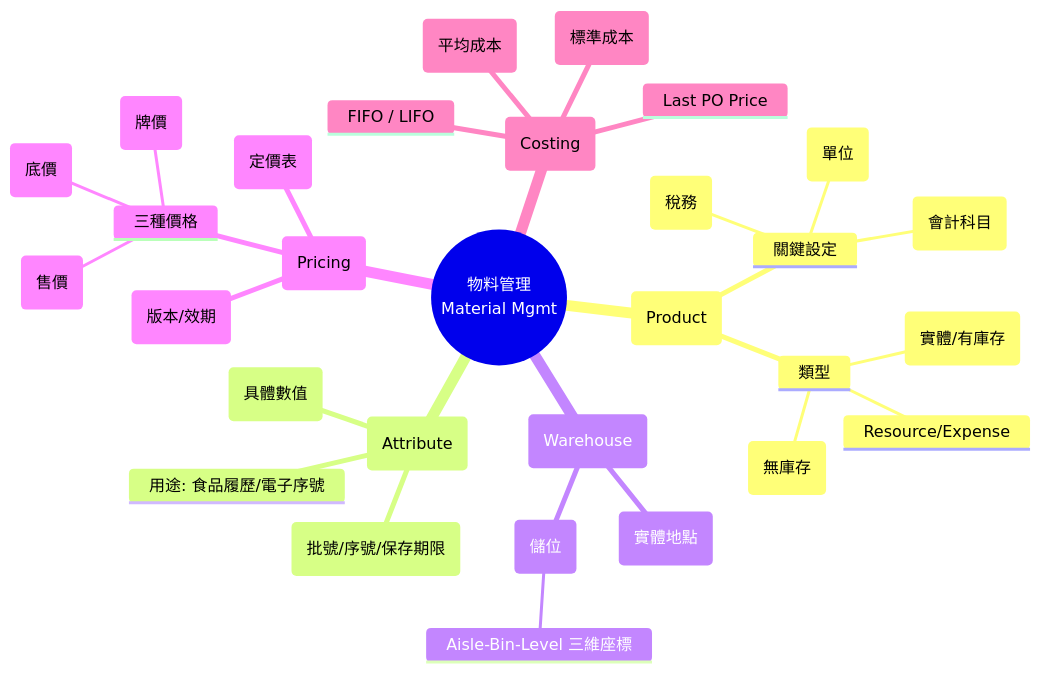
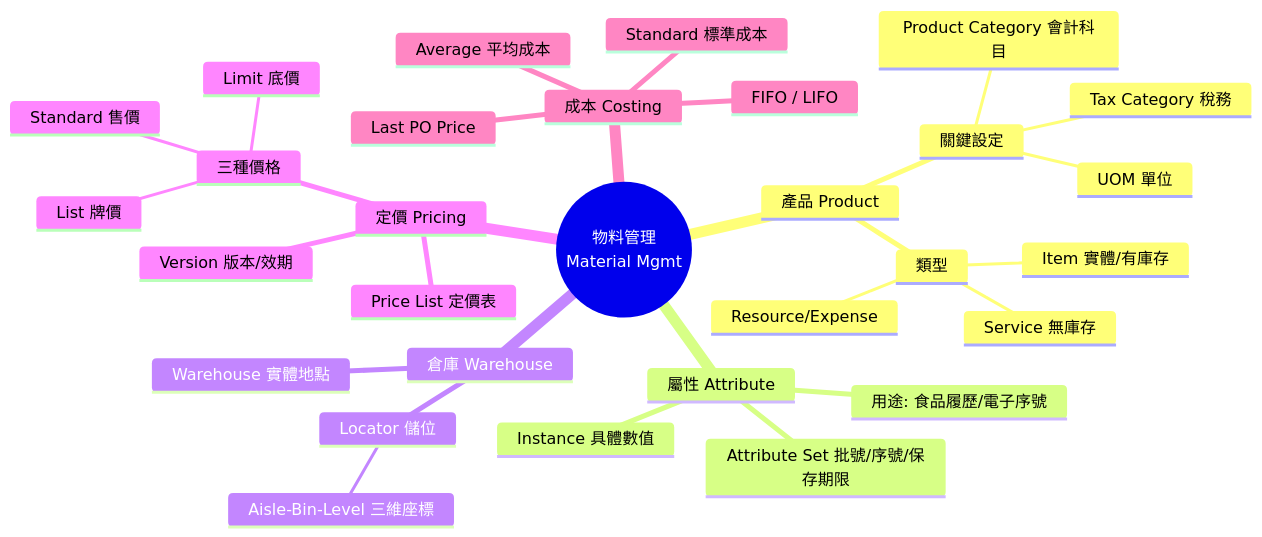
One commit to nczz/claw_notes changed the eighth of 15 diagrams in iDempiere_Notes.md. Above: the diagram before and after it, drawn with Mermaid. The commit also changed other lines of this file, not shown here.

Commit message:
Fix mermaid syntax error: remove parentheses in node text

````diff
--- a/iDempiere_Notes.md
+++ b/iDempiere_Notes.md
@@ -584,33 +584,33 @@
 ```mermaid
 mindmap
   root((物料管理<br/>Material Mgmt))
-    產品 (Product)
+    產品 Product
       類型
-        Item (實體/有庫存)
-        Service (無庫存)
+        Item 實體/有庫存
+        Service 無庫存
         Resource/Expense
       關鍵設定
-        UOM (單位)
-        Tax Category (稅務)
-        Product Category (會計科目)
-    屬性 (Attribute)
-      Attribute Set (批號/序號/保存期限)
-      Instance (具體數值)
+        UOM 單位
+        Tax Category 稅務
+        Product Category 會計科目
+    屬性 Attribute
+      Attribute Set 批號/序號/保存期限
+      Instance 具體數值
       用途: 食品履歷/電子序號
-    倉庫 (Warehouse)
-      Warehouse (實體地點)
-      Locator (儲位)
+    倉庫 Warehouse
+      Warehouse 實體地點
+      Locator 儲位
         Aisle-Bin-Level 三維座標
-    定價 (Pricing)
-      Price List (定價表)
-      Version (版本/效期)
+    定價 Pricing
+      Price List 定價表
+      Version 版本/效期
       三種價格
-        List (牌價)
-        Standard (售價)
-        Limit (底價)
-    成本 (Costing)
-      Standard (標準成本)
-      Average (平均成本)
+        List 牌價
+        Standard 售價
+        Limit 底價
+    成本 Costing
+      Standard 標準成本
+      Average 平均成本
       FIFO / LIFO
       Last PO Price
 ```
````
